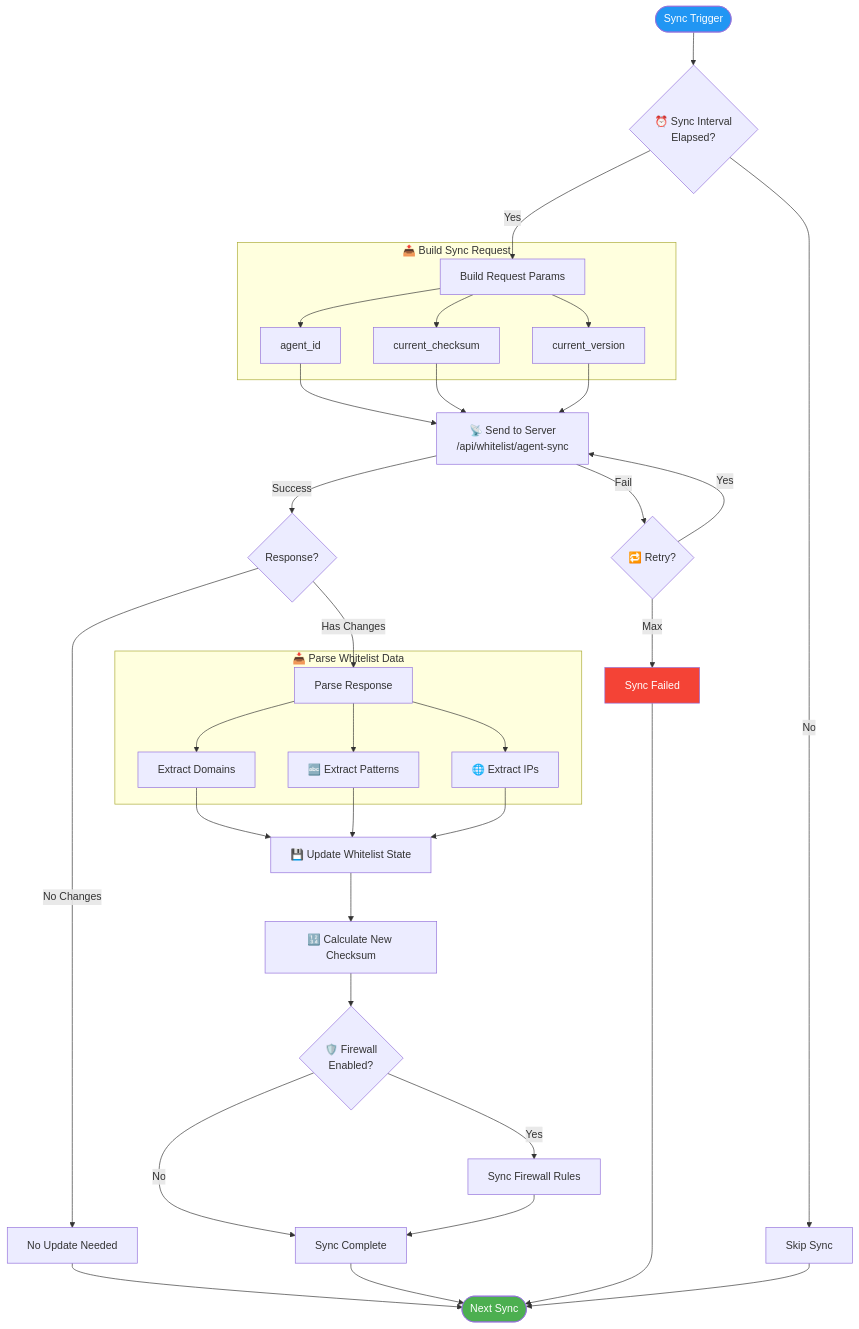
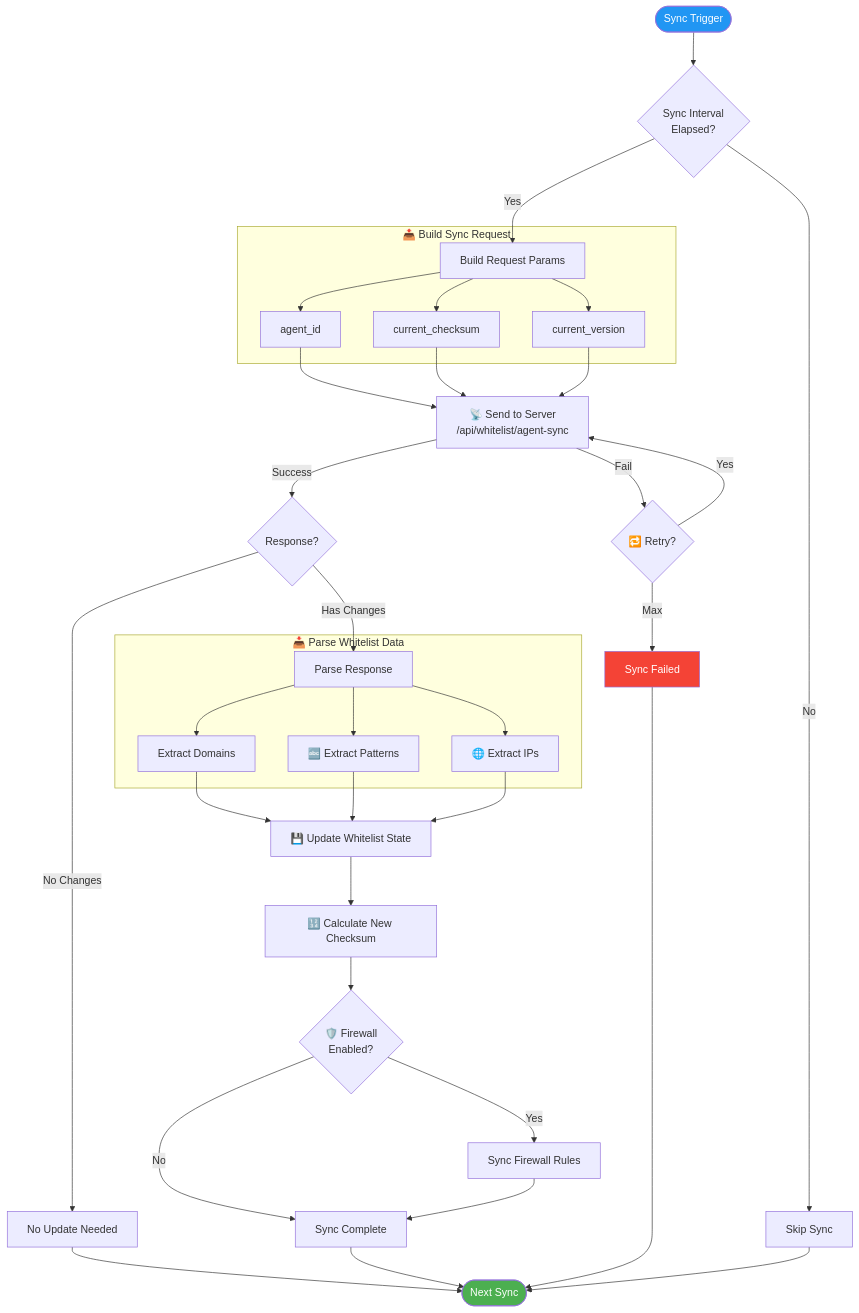
The sixth of 13 diagrams in docs/diagrams/FLOW_DIAGRAMS.md (Son0ngu/Centralized_Network_Access_Control_System_for_Computer_Labs), drawn with Mermaid before and after one commit. The commit also changed other lines of this file and 15 other files, not shown here.

````diff
--- a/docs/diagrams/FLOW_DIAGRAMS.md
+++ b/docs/diagrams/FLOW_DIAGRAMS.md
@@ -308,58 +308,58 @@
 ```mermaid
 flowchart TD
-    TRIGGER([Sync Trigger]) --> CHECK_INTERVAL{"⏰ Sync Interval<br/>Elapsed?"}
+    TRIGGER([Sync Trigger]) --> CHECK_INTERVAL{"Sync Interval<br/>Elapsed?"}
     
     CHECK_INTERVAL --> |No| SKIP_SYNC["Skip Sync"]
     CHECK_INTERVAL --> |Yes| BUILD_REQUEST
     
     subgraph "📤 Build Sync Request"
         BUILD_REQUEST["Build Request Params"]
         BUILD_REQUEST --> AGENT_ID["agent_id"]
         BUILD_REQUEST --> CHECKSUM["current_checksum"]
         BUILD_REQUEST --> VERSION["current_version"]
     end
     
     AGENT_ID --> SEND_REQUEST
     CHECKSUM --> SEND_REQUEST
     VERSION --> SEND_REQUEST
     
     SEND_REQUEST["📡 Send to Server<br/>/api/whitelist/agent-sync"]
     
     SEND_REQUEST --> |Success| CHECK_RESPONSE{"Response?"}
     SEND_REQUEST --> |Fail| RETRY{"🔁 Retry?"}
     
     RETRY --> |Yes| SEND_REQUEST
     RETRY --> |Max| SYNC_FAIL["Sync Failed"]
     
     CHECK_RESPONSE --> |No Changes| NO_UPDATE["No Update Needed"]
     CHECK_RESPONSE --> |Has Changes| PARSE_DATA
     
     subgraph "📥 Parse Whitelist Data"
         PARSE_DATA["Parse Response"]
         PARSE_DATA --> DOMAINS["Extract Domains"]
         PARSE_DATA --> PATTERNS["🔤 Extract Patterns"]
         PARSE_DATA --> IPS["🌐 Extract IPs"]
     end
     
     DOMAINS --> UPDATE_STATE
     PATTERNS --> UPDATE_STATE
     IPS --> UPDATE_STATE
     
     UPDATE_STATE["💾 Update Whitelist State"]
     UPDATE_STATE --> CALC_CHECKSUM["🔢 Calculate New Checksum"]
     
     CALC_CHECKSUM --> CHECK_FW{"🛡️ Firewall<br/>Enabled?"}
     CHECK_FW --> |Yes| SYNC_FW["Sync Firewall Rules"]
     CHECK_FW --> |No| SYNC_COMPLETE
     
     SYNC_FW --> SYNC_COMPLETE["Sync Complete"]
     
     NO_UPDATE --> DONE([Next Sync])
     SYNC_COMPLETE --> DONE
     SYNC_FAIL --> DONE
     SKIP_SYNC --> DONE
     
     style TRIGGER fill:#2196F3,color:#fff
     style DONE fill:#4CAF50,color:#fff
     style SYNC_FAIL fill:#f44336,color:#fff
 ```
````
